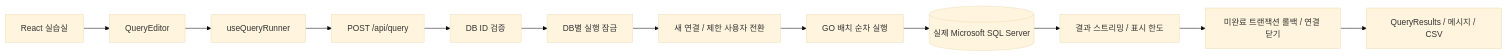
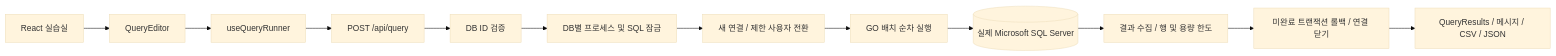
Before and after one commit to KangGiMin/MSSQL_Prac: the first of 2 diagrams in docs/architecture.md, drawn with Mermaid (base theme). The commit also changed other lines of this file and 72 other files, not shown here.

````diff
--- a/docs/architecture.md
+++ b/docs/architecture.md
@@ -3,14 +3,14 @@
 ```mermaid
 flowchart LR
   User[React 실습실] --> Editor[QueryEditor]
   Editor --> Hook[useQueryRunner]
   Hook --> API[POST /api/query]
   API --> AllowList[DB ID 검증]
-  AllowList --> Lock[DB별 실행 잠금]
+  AllowList --> Lock[DB별 프로세스 및 SQL 잠금]
   Lock --> Connection[새 연결 / 제한 사용자 전환]
   Connection --> Batches[GO 배치 순차 실행]
   Batches --> MSSQL[(실제 Microsoft SQL Server)]
-  MSSQL --> Stream[결과 스트리밍 / 표시 한도]
+  MSSQL --> Stream[결과 수집 / 행 및 용량 한도]
   Stream --> Cleanup[미완료 트랜잭션 롤백 / 연결 닫기]
-  Cleanup --> Results[QueryResults / 메시지 / CSV]
+  Cleanup --> Results[QueryResults / 메시지 / CSV / JSON]
 ```
````
